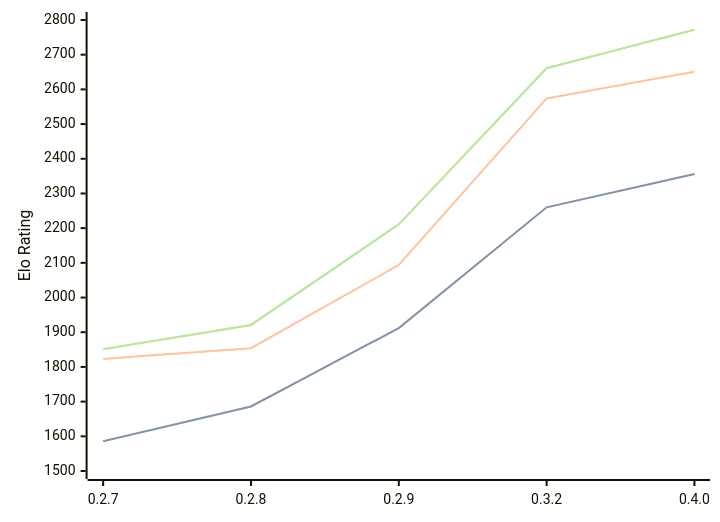
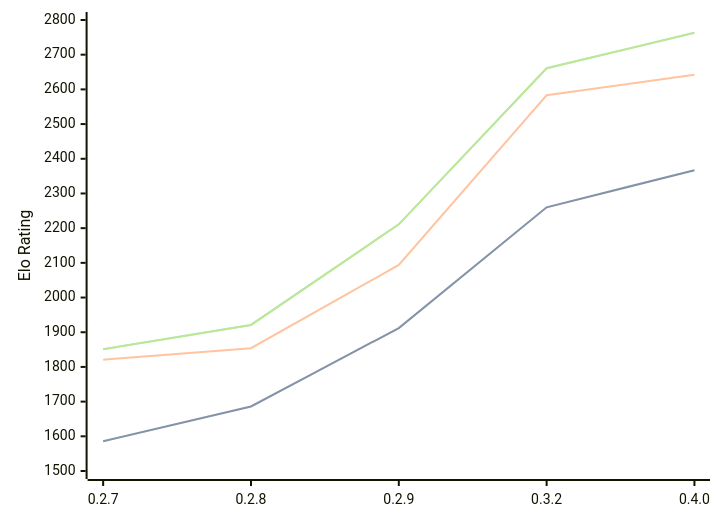
Before and after one commit to computer-chess-index/cci: the diagram in engines/Dual.md, drawn with Mermaid. The commit also changed other lines of this file, not shown here.

Commit message:
Update CCI Ratings (ELO VLTC) - 2026-07-21

````diff
--- a/engines/Dual.md
+++ b/engines/Dual.md
@@ -45,11 +45,11 @@
 ```mermaid
 %%{init: {"theme":"base","themeVariables":{"seriesColors:['#a3a3a3','#222221','#faa371']}}}%%
 xychart-beta
   x-axis ["0.2.7", "0.2.8", "0.2.9", "0.3.2", "0.4.0"]
   y-axis "Elo Rating" 1500 --> 2800
-  line "STC (8.0+0.08s)" [1586, 1686, 1912, 2260, 2356]
-  line "STC (8.0+0.08s)" [1586, 1686, 1912, 2260, 2356]
-  line "LTC (60.0+0.60s)" [1823, 1854, 2094, 2574, 2651]
-  line "VLTC (2m24s+1.12s)" [1851, 1921, 2211, 2661, 2772]
-  line "VLTC (2m24s+1.12s)" [1851, 1921, 2211, 2661, 2772]
+  line "STC (8.0+0.08s)" [1586, 1686, 1912, 2260, 2367]
+  line "STC (8.0+0.08s)" [1586, 1686, 1912, 2260, 2367]
+  line "LTC (60.0+0.60s)" [1821, 1854, 2094, 2583, 2642]
+  line "VLTC (2m24s+1.12s)" [1851, 1921, 2211, 2661, 2763]
+  line "VLTC (2m24s+1.12s)" [1851, 1921, 2211, 2661, 2763]
 ```
````
